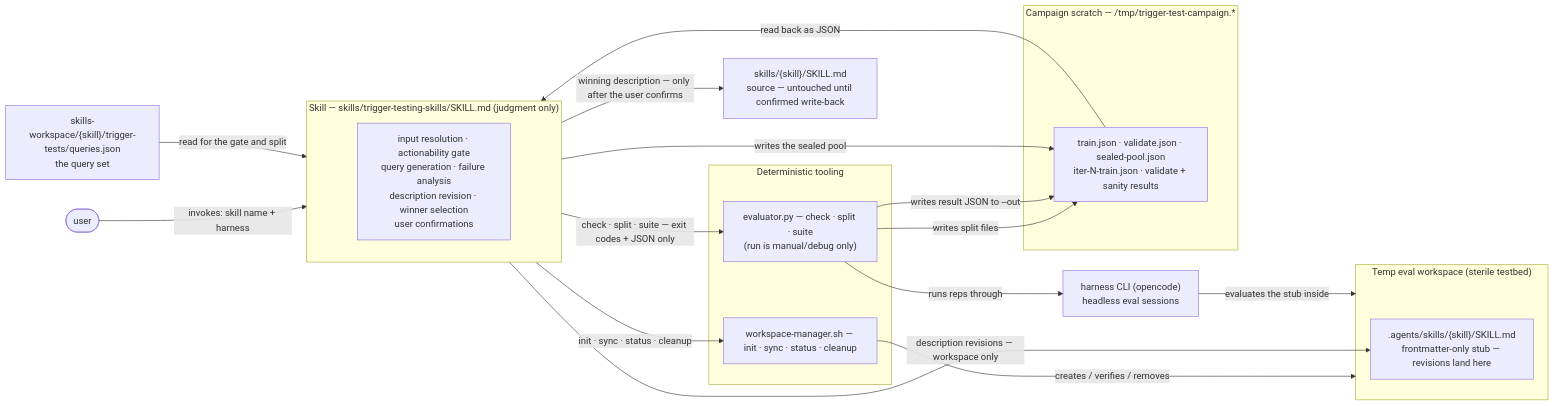
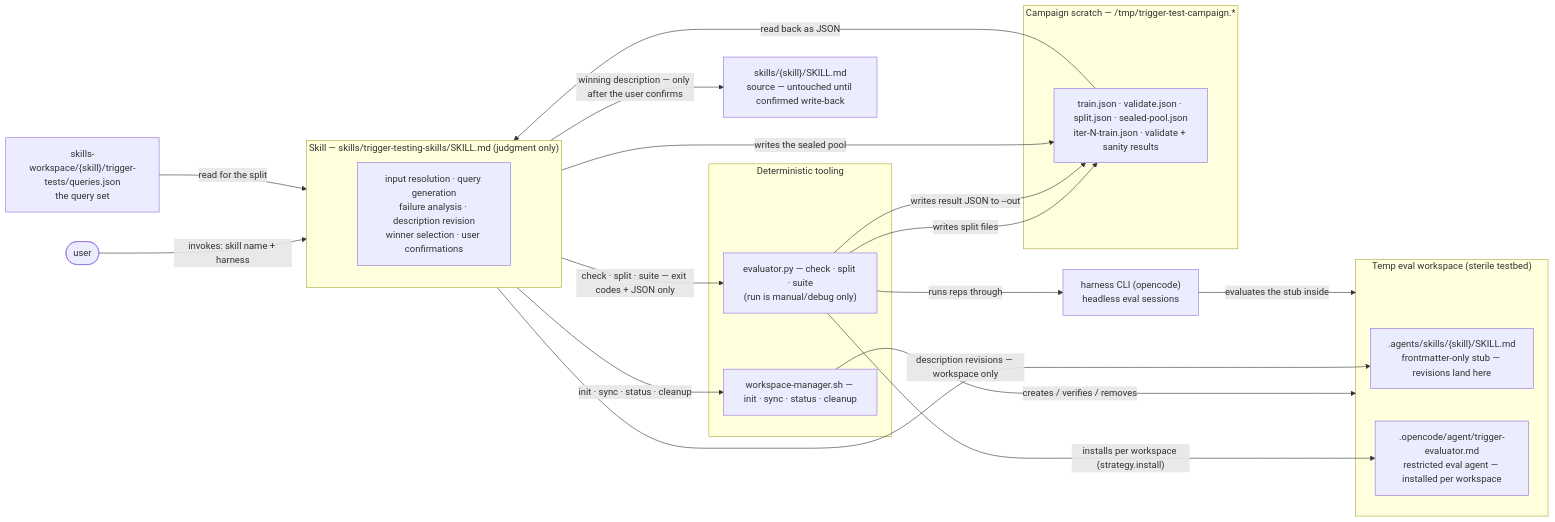
One commit to dczmer/dangerpowers changed the first of 2 diagrams in docs/writing-skills/part-2/phase-2-campaign-and-skill-plan.md. Above: the diagram before and after it, drawn with Mermaid. The commit also changed other lines of this file and 1 other file, not shown here.

````diff
--- a/docs/writing-skills/part-2/phase-2-campaign-and-skill-plan.md
+++ b/docs/writing-skills/part-2/phase-2-campaign-and-skill-plan.md
@@ -23,39 +24,41 @@
 ```mermaid
 flowchart LR
     USER(["user"])
     QFILE["skills-workspace/{skill}/trigger-tests/queries.json<br/>the query set"]
     SRC["skills/{skill}/SKILL.md<br/>source — untouched until confirmed write-back"]
 
     subgraph SK["Skill — skills/trigger-testing-skills/SKILL.md (judgment only)"]
-        JUDGE["input resolution · actionability gate<br/>query generation · failure analysis<br/>description revision · winner selection<br/>user confirmations"]
+        JUDGE["input resolution · query generation<br/>failure analysis · description revision<br/>winner selection · user confirmations"]
     end
 
     subgraph TOOLS["Deterministic tooling"]
         EVAL["evaluator.py — check · split · suite<br/>(run is manual/debug only)"]
         WM["workspace-manager.sh — init · sync · status · cleanup"]
     end
 
     subgraph SCRATCH["Campaign scratch — /tmp/trigger-test-campaign.*"]
-        FILES["train.json · validate.json · sealed-pool.json<br/>iter-N-train.json · validate + sanity results"]
+        FILES["train.json · validate.json · split.json · sealed-pool.json<br/>iter-N-train.json · validate + sanity results"]
     end
 
     subgraph WS["Temp eval workspace (sterile testbed)"]
         STUB[".agents/skills/{skill}/SKILL.md<br/>frontmatter-only stub — revisions land here"]
+        AGENT[".opencode/agent/trigger-evaluator.md<br/>restricted eval agent — installed per workspace"]
     end
 
     HARNESS["harness CLI (opencode)<br/>headless eval sessions"]
 
     USER -->|"invokes: skill name + harness"| SK
-    QFILE -->|"read for the gate and split"| SK
+    QFILE -->|"read for the split"| SK
     SK -->|"check · split · suite — exit codes + JSON only"| EVAL
     SK -->|"init · sync · status · cleanup"| WM
     EVAL -->|"writes split files"| FILES
     SK -->|"writes the sealed pool"| FILES
     EVAL -->|"writes result JSON to --out"| FILES
     FILES -->|"read back as JSON"| SK
     WM -->|"creates / verifies / removes"| WS
     SK -->|"description revisions — workspace only"| STUB
     EVAL -->|"runs reps through"| HARNESS
+    EVAL -->|"installs per workspace (strategy.install)"| AGENT
     HARNESS -->|"evaluates the stub inside"| WS
     SK -->|"winning description — only after the user confirms"| SRC
 ```
````
